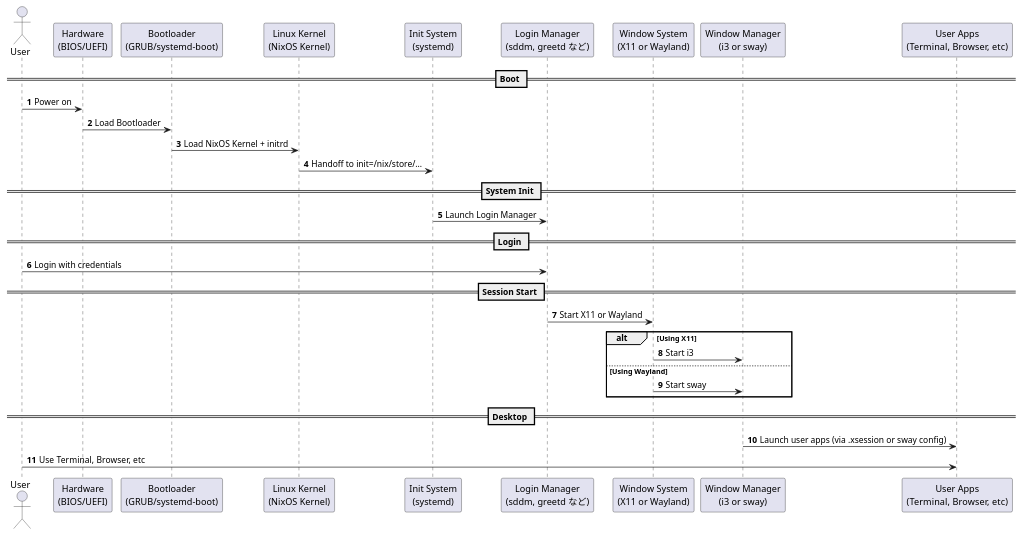
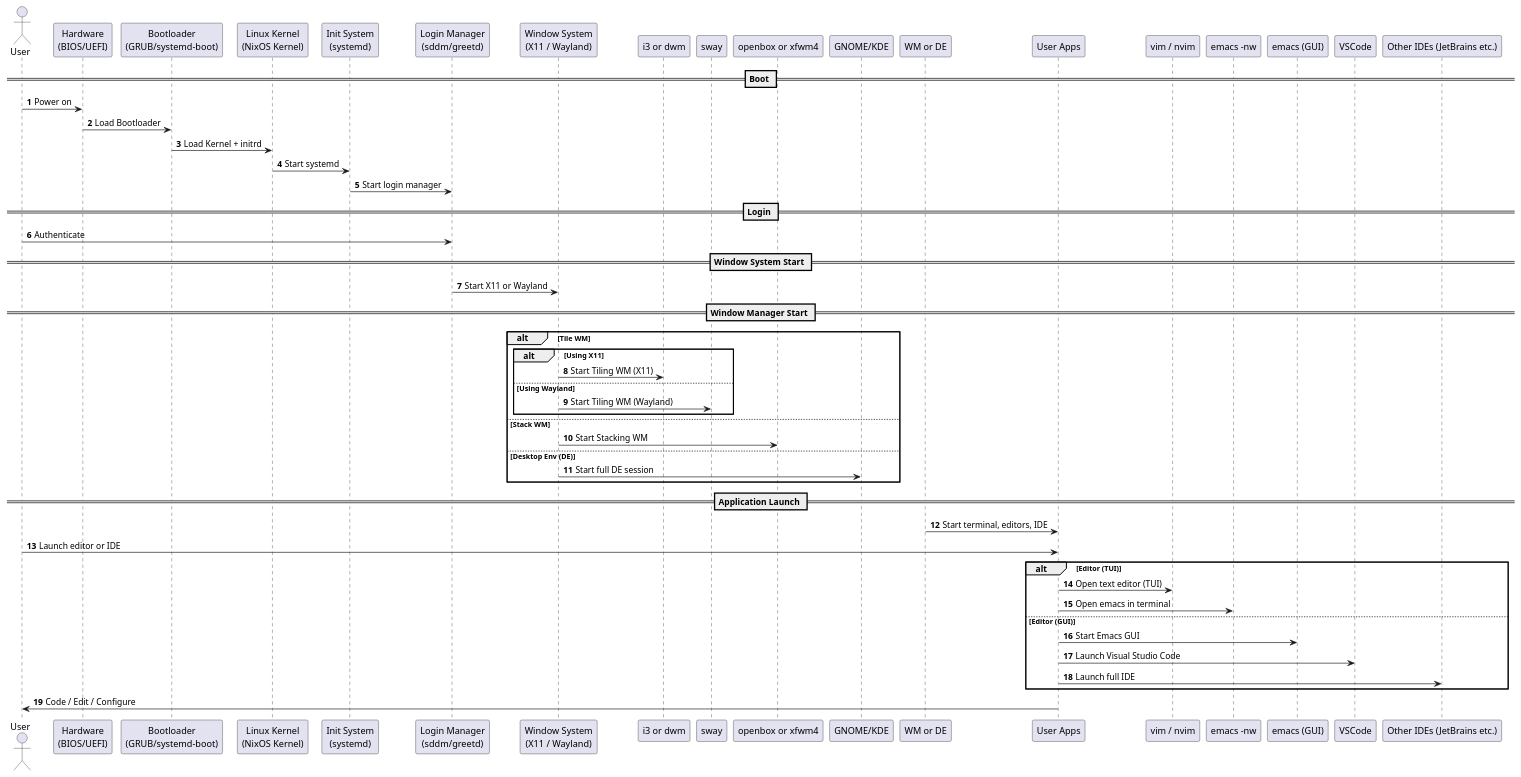
Before and after one commit to coacoa/images: the diagram in it_pc_layer1.pu, drawn with PlantUML. The commit also changed 1 other file, not shown here.

```diff
--- a/it_pc_layer1.pu
+++ b/it_pc_layer1.pu
@@ -1,39 +1,59 @@
 @startuml
 autonumber
 
 actor User
 
 participant "Hardware\n(BIOS/UEFI)" as HW
 participant "Bootloader\n(GRUB/systemd-boot)" as BL
 participant "Linux Kernel\n(NixOS Kernel)" as Kernel
 participant "Init System\n(systemd)" as Init
-participant "Login Manager\n(sddm, greetd など)" as LoginMgr
-participant "Window System\n(X11 or Wayland)" as WinSys
-participant "Window Manager\n(i3 or sway)" as WM
-participant "User Apps\n(Terminal, Browser, etc)" as App
+participant "Login Manager\n(sddm/greetd)" as LoginMgr
+participant "Window System\n(X11 / Wayland)" as WinSys
 
 == Boot ==
 User -> HW : Power on
 HW -> BL : Load Bootloader
-BL -> Kernel : Load NixOS Kernel + initrd
-Kernel -> Init : Handoff to init=/nix/store/...
-
-== System Init ==
-Init -> LoginMgr : Launch Login Manager
+BL -> Kernel : Load Kernel + initrd
+Kernel -> Init : Start systemd
+Init -> LoginMgr : Start login manager
 
 == Login ==
-User -> LoginMgr : Login with credentials
+User -> LoginMgr : Authenticate
 
-== Session Start ==
+== Window System Start ==
 LoginMgr -> WinSys : Start X11 or Wayland
-alt Using X11
-    WinSys -> WM : Start i3
-else Using Wayland
-    WinSys -> WM : Start sway
+
+== Window Manager Start ==
+'=== ウィンドウマネージャ分類 ===
+' - タイル型 (Tiling WM): i3, sway, dwm
+' - スタック型 (Stacking WM): openbox, xfwm4
+' - デスクトップ環境 (Desktop Env): GNOME, KDE
+
+alt Tile WM
+    alt Using X11
+        WinSys -> "i3 or dwm" : Start Tiling WM (X11)
+    else Using Wayland
+        WinSys -> "sway" : Start Tiling WM (Wayland)
+    end
+else Stack WM
+    WinSys -> "openbox or xfwm4" : Start Stacking WM
+else Desktop Env (DE)
+    WinSys -> "GNOME/KDE" : Start full DE session
 end
 
-== Desktop ==
-WM -> App : Launch user apps (via .xsession or sway config)
-User -> App : Use Terminal, Browser, etc
+== Application Launch ==
+"WM or DE" -> "User Apps" : Start terminal, editors, IDE
+User -> "User Apps" : Launch editor or IDE
+
+alt Editor (TUI)
+    "User Apps" -> "vim / nvim" : Open text editor (TUI)
+    "User Apps" -> "emacs -nw" : Open emacs in terminal
+else Editor (GUI)
+    "User Apps" -> "emacs (GUI)" : Start Emacs GUI
+    "User Apps" -> "VSCode" : Launch Visual Studio Code
+    "User Apps" -> "Other IDEs (JetBrains etc.)" : Launch full IDE
+end
+
+"User Apps" -> User : Code / Edit / Configure
 
 @enduml
```
